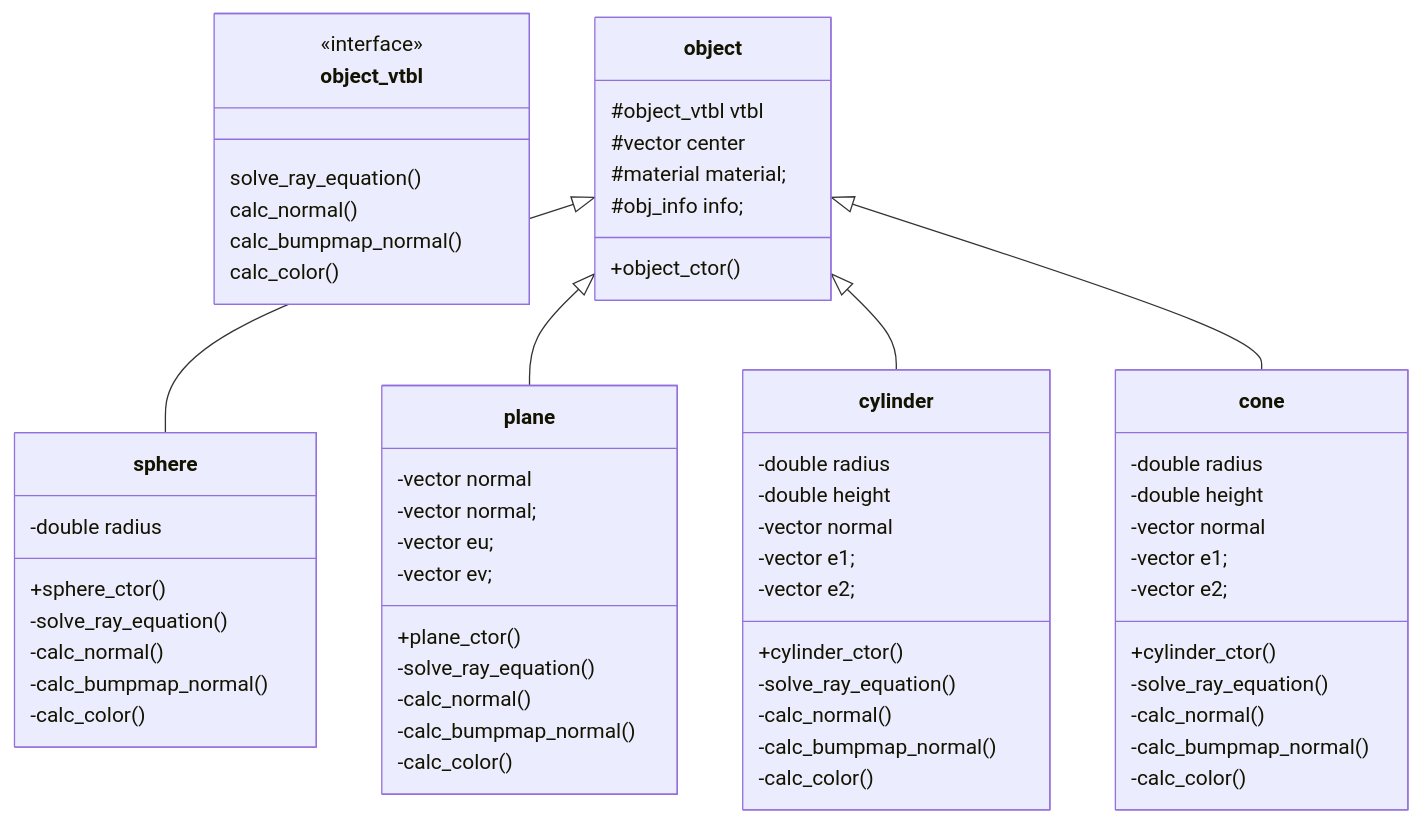
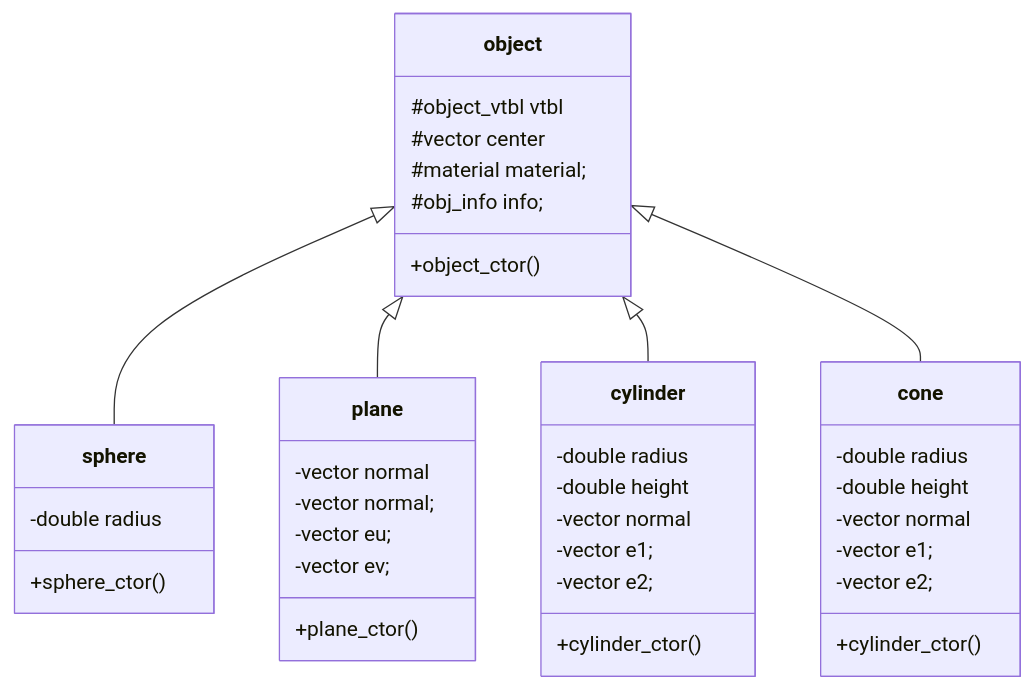
The first of 2 diagrams in README.md (moromin/miniRT), drawn with Mermaid before and after one commit. The commit also changed other lines of this file, not shown here.

Commit message:
docs: split inheritance and interface

````diff
--- a/README.md
+++ b/README.md
@@ -69,70 +69,46 @@
 ```mermaid
 classDiagram
-class object_vtbl{
-	<<interface>>
-	solve_ray_equation()
-	calc_normal()
-	calc_bumpmap_normal()
-	calc_color()
-}
-
 class object {
 	#object_vtbl vtbl
 	#vector center
 	#material	material;
 	#obj_info	info;
 	+object_ctor()
 }
 
 object <|-- sphere
 class sphere {
 	-double	radius
 	+sphere_ctor()
-	-solve_ray_equation()
-	-calc_normal()
-	-calc_bumpmap_normal()
-	-calc_color()
 }
 
 object <|-- plane
 class plane {
 	-vector	normal
 	-vector	normal;
 	-vector	eu;
 	-vector	ev;
 	+plane_ctor()
-	-solve_ray_equation()
-	-calc_normal()
-	-calc_bumpmap_normal()
-	-calc_color()
 }
 
 object <|-- cylinder
 class cylinder {
 	-double	radius
 	-double	height
 	-vector	normal
 	-vector	e1;
 	-vector	e2;
 	+cylinder_ctor()
-	-solve_ray_equation()
-	-calc_normal()
-	-calc_bumpmap_normal()
-	-calc_color()
 }
 
 object <|-- cone
 class cone {
 	-double	radius
 	-double	height
 	-vector	normal
 	-vector	e1;
 	-vector	e2;
 	+cylinder_ctor()
-	-solve_ray_equation()
-	-calc_normal()
-	-calc_bumpmap_normal()
-	-calc_color()
 }
 
 ```
````
